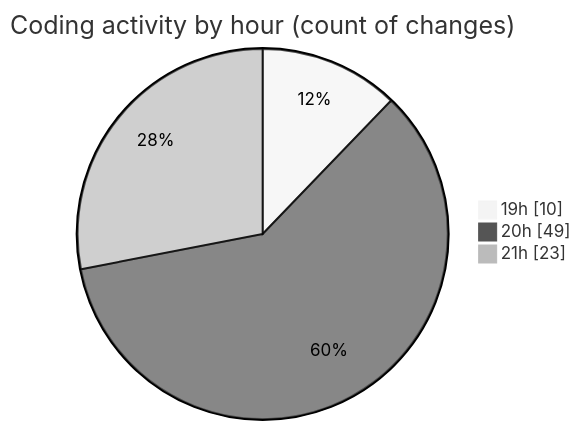
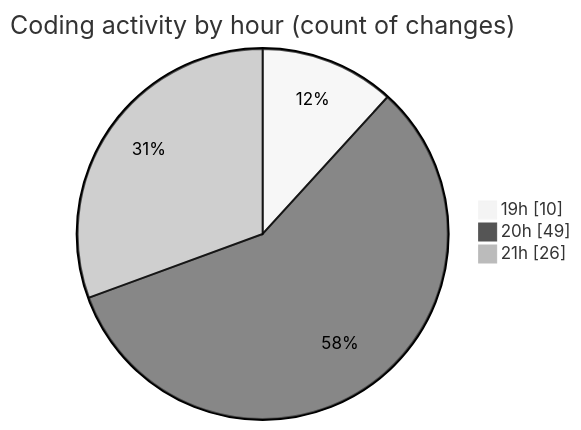
The second of 2 diagrams in 2025-01-28/trollerboard/README.md (charlie-sans/code-tracking), drawn with Mermaid (neutral theme) before and after one commit. The commit also changed other lines of this file and 1 other file, not shown here.

````diff
--- a/2025-01-28/trollerboard/README.md
+++ b/2025-01-28/trollerboard/README.md
@@ -42,7 +42,7 @@
 ```mermaid
 pie showData
 title Coding activity by hour (count of changes)
 "19h" : 10
 "20h" : 49
-"21h" : 23
+"21h" : 26
 ```
````
